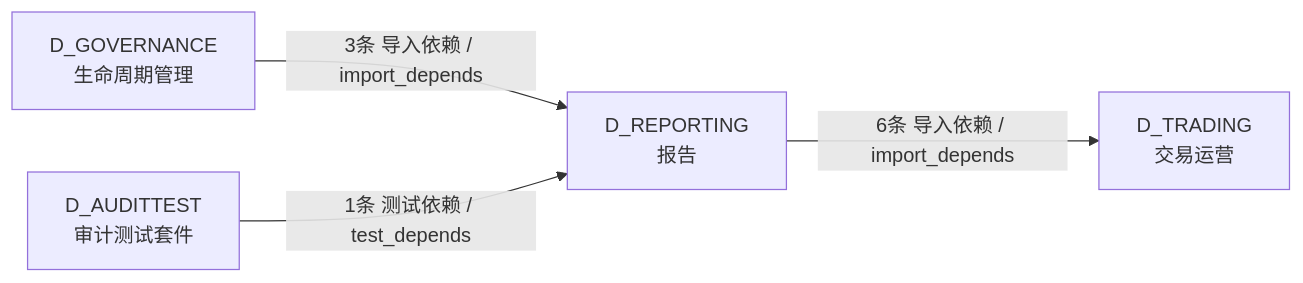
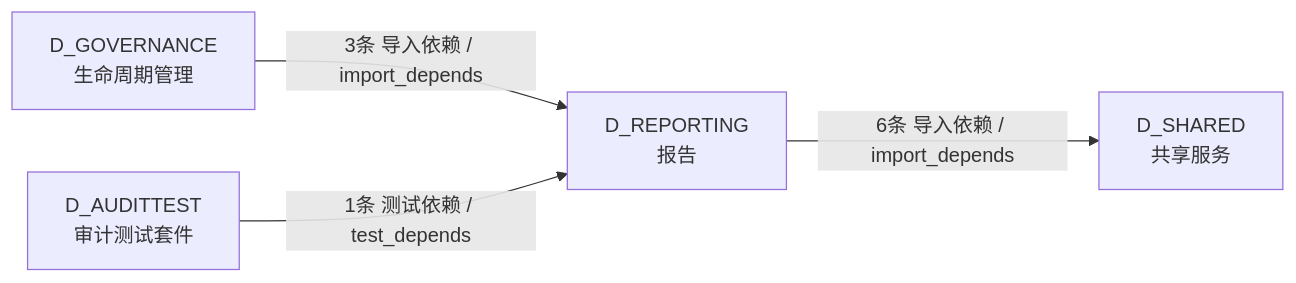
Before and after one commit to xuanFelixVan/ZephyrAlpha: the fourth of 4 diagrams in docs/02_enterprise_architecture/02_domain_architecture_docs/16_d_reporting.md, drawn with Mermaid. The commit also changed other lines of this file and 99 other files, not shown here.

````diff
--- a/docs/02_enterprise_architecture/02_domain_architecture_docs/16_d_reporting.md
+++ b/docs/02_enterprise_architecture/02_domain_architecture_docs/16_d_reporting.md
@@ -199,10 +198,10 @@
 ```mermaid
 graph LR
     D_REPORTING["D_REPORTING<br/>报告"]
-    D_TRADING["D_TRADING<br/>交易运营"]
+    D_SHARED["D_SHARED<br/>共享服务"]
     D_GOVERNANCE["D_GOVERNANCE<br/>生命周期管理"]
     D_AUDITTEST["D_AUDITTEST<br/>审计测试套件"]
-    D_REPORTING -->|6条 导入依赖 / import_depends| D_TRADING
+    D_REPORTING -->|6条 导入依赖 / import_depends| D_SHARED
     D_GOVERNANCE -->|3条 导入依赖 / import_depends| D_REPORTING
     D_AUDITTEST -->|1条 测试依赖 / test_depends| D_REPORTING
 ```
````
